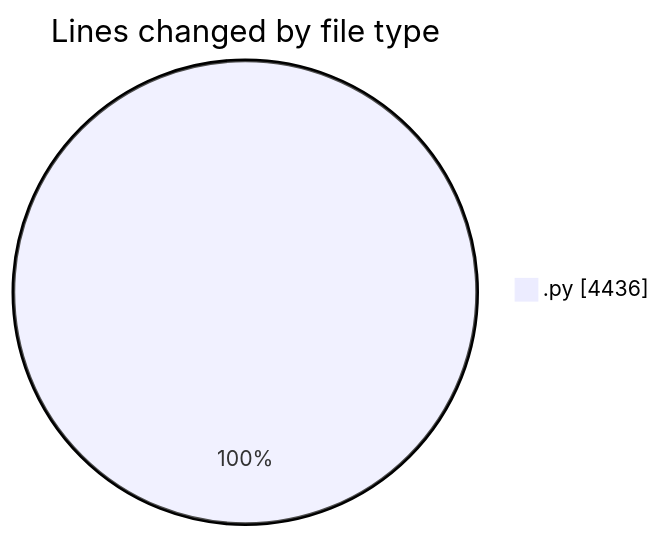
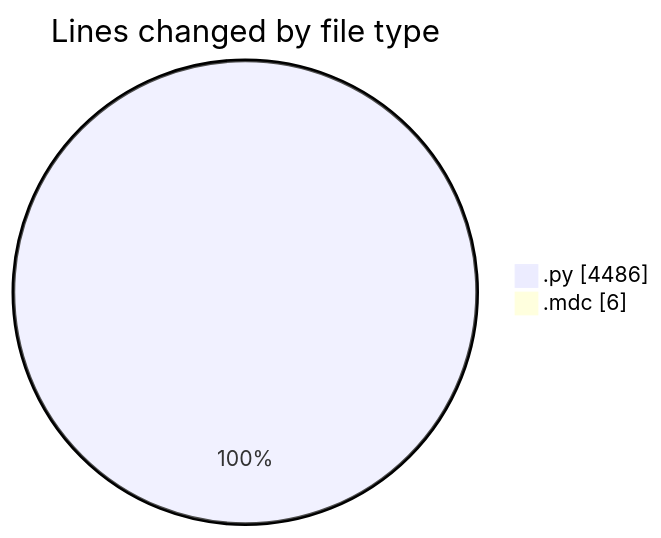
One commit to jrari/code-tracking changed the first of 2 diagrams in 2025-07-15/telebot/README.md. Above: the diagram before and after it, drawn with Mermaid. The commit also changed other lines of this file and 1 other file, not shown here.

````diff
--- a/2025-07-15/telebot/README.md
+++ b/2025-07-15/telebot/README.md
@@ -25,5 +27,6 @@
 ```mermaid
 pie showData
 title Lines changed by file type
-".py" : 4436
+".py" : 4486
+".mdc" : 6
 ```
````
